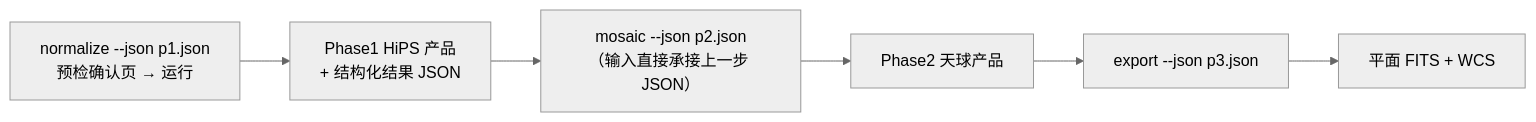
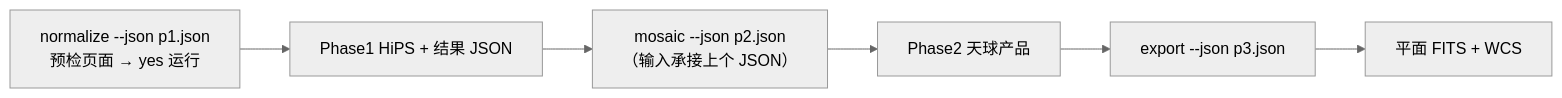
One commit to fujiaze/Astro-CS-Database changed the second of 3 diagrams in ACCEPTANCE_SPEC.md. Above: the diagram before and after it, drawn with Mermaid (neutral theme). The commit also changed other lines of this file and 4 other files, not shown here.

````diff
--- a/ACCEPTANCE_SPEC.md
+++ b/ACCEPTANCE_SPEC.md
@@ -94,10 +131,8 @@
 ```mermaid
 flowchart LR
-    J1["normalize --json p1.json<br/>预检确认页 → 运行"]
-    P1["Phase1 HiPS 产品<br/>+ 结构化结果 JSON"]
-    J2["mosaic --json p2.json<br/>（输入直接承接上一步 JSON）"]
-    P2["Phase2 天球产品"]
-    J3["export --json p3.json"]
-    P3["平面 FITS + WCS"]
-    J1 --> P1 --> J2 --> P2 --> J3 --> P3
+    J1["normalize --json p1.json<br/>预检页面 → yes 运行"] --> P1["Phase1 HiPS + 结果 JSON"]
+    P1 --> J2["mosaic --json p2.json<br/>（输入承接上个 JSON）"]
+    J2 --> P2["Phase2 天球产品"]
+    P2 --> J3["export --json p3.json"]
+    J3 --> P3["平面 FITS + WCS"]
 ```
````
